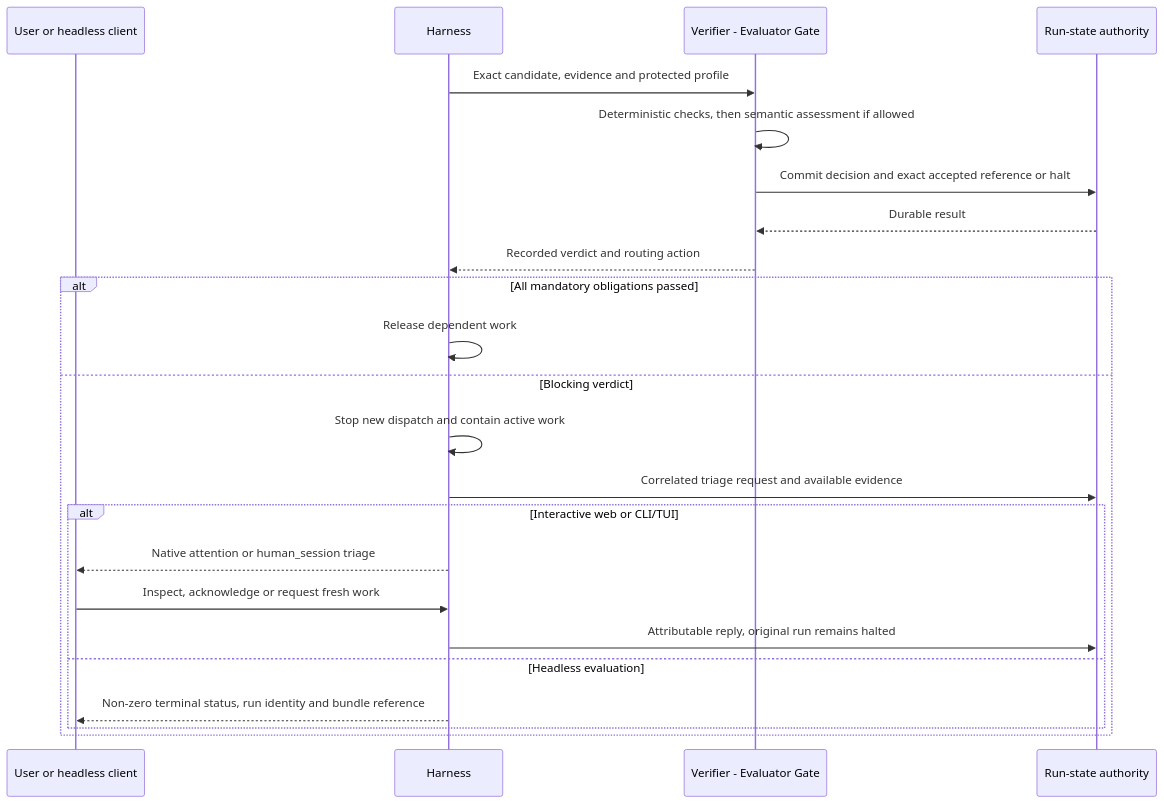
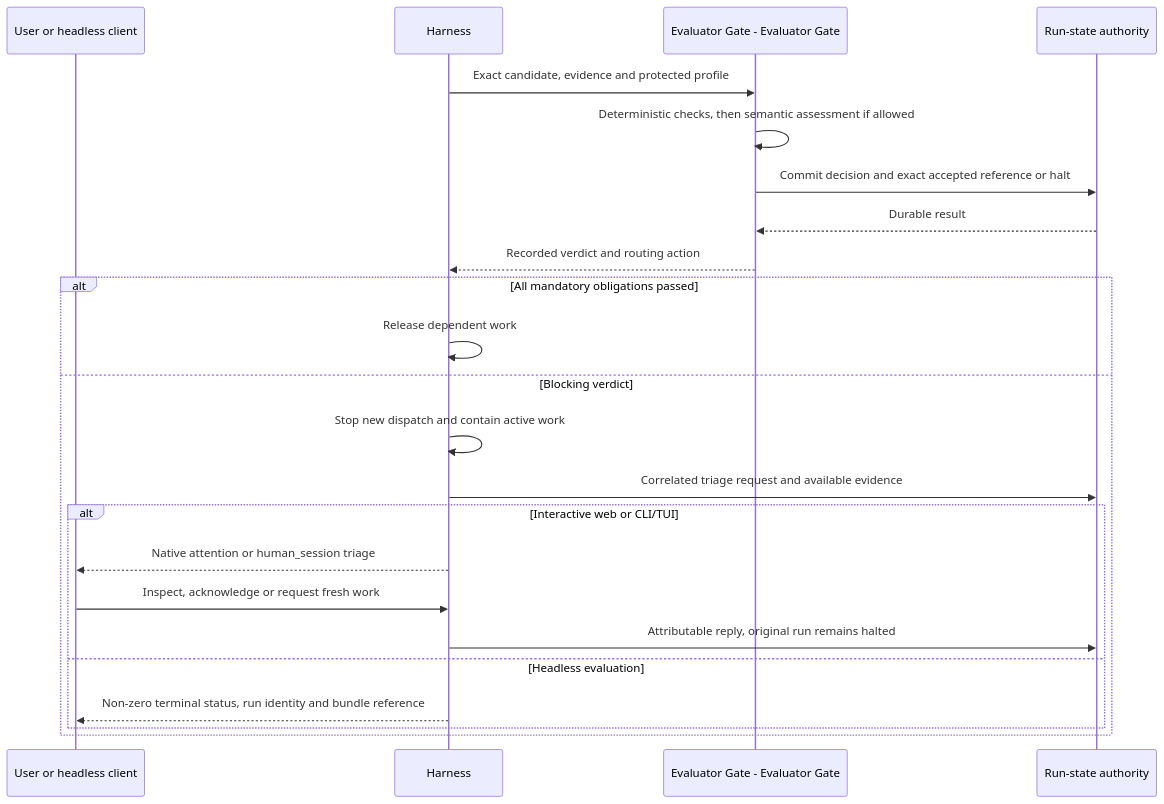
One commit to Stellven/jiuwenswarm changed the first of 2 diagrams in docs/architecture/build-package/failure-and-human.md. Above: the diagram before and after it, drawn with Mermaid. The commit also changed other lines of this file and 39 other files, not shown here.

Commit message:
Standardize architecture vocabulary and name the Phase 1 intent slice

````diff
--- a/docs/architecture/build-package/failure-and-human.md
+++ b/docs/architecture/build-package/failure-and-human.md
@@ -28,25 +28,25 @@
 ```mermaid
 sequenceDiagram
     participant C as User or headless client
     participant H as Harness
-    participant V as Verifier - Evaluator Gate
+    participant V as Evaluator Gate - Evaluator Gate
     participant S as Run-state authority
     H->>V: Exact candidate, evidence and protected profile
     V->>V: Deterministic checks, then semantic assessment if allowed
     V->>S: Commit decision and exact accepted reference or halt
     S-->>V: Durable result
     V-->>H: Recorded verdict and routing action
     alt All mandatory obligations passed
         H->>H: Release dependent work
     else Blocking verdict
         H->>H: Stop new dispatch and contain active work
         H->>S: Correlated triage request and available evidence
         alt Interactive web or CLI/TUI
             H-->>C: Native attention or human_session triage
             C->>H: Inspect, acknowledge or request fresh work
             H->>S: Attributable reply, original run remains halted
         else Headless evaluation
             H-->>C: Non-zero terminal status, run identity and bundle reference
         end
     end
 ```
````
